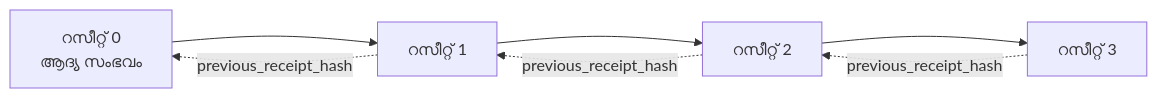
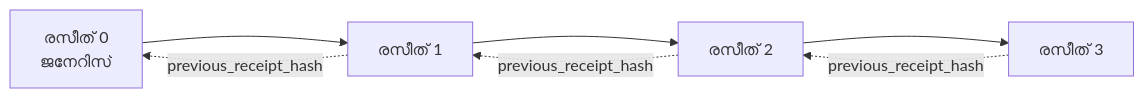
Before and after one commit to gabrielmoreira/agent-skills-mirror: the second of 2 diagrams in mirrors/repos/microsoft@ai-agents-for-beginners/translations/ml/18-securing-ai-agents/README.md, drawn with Mermaid. The commit also changed other lines of this file and 2285 other files, not shown here.

````diff
--- a/mirrors/repos/microsoft@ai-agents-for-beginners/translations/ml/18-securing-ai-agents/README.md
+++ b/mirrors/repos/microsoft@ai-agents-for-beginners/translations/ml/18-securing-ai-agents/README.md
@@ -206,9 +206,9 @@
 ```mermaid
 flowchart LR
-    R0[റസീറ്റ് 0<br/>ആദ്യ സംഭവം] --> R1[റസീറ്റ് 1]
-    R1 --> R2[റസീറ്റ് 2]
-    R2 --> R3[റസീറ്റ് 3]
+    R0[രസീത് 0<br/>ജനേറിസ്] --> R1[രസീത് 1]
+    R1 --> R2[രസീത് 2]
+    R2 --> R3[രസീത് 3]
     R1 -. previous_receipt_hash .-> R0
     R2 -. previous_receipt_hash .-> R1
     R3 -. previous_receipt_hash .-> R2
 ```
````
